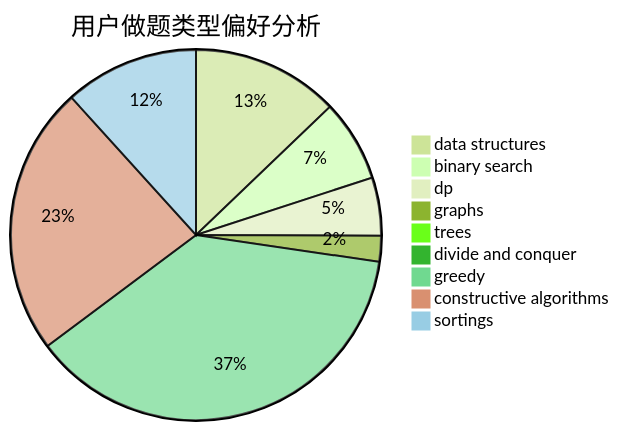
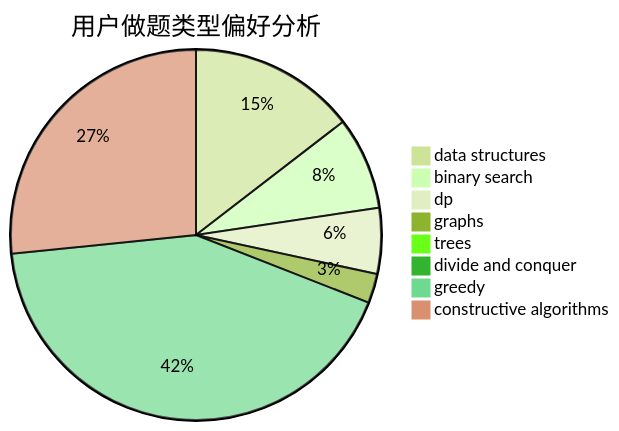
One commit to sherpahu/cfrs.github.io changed the second of 3 diagrams in docs/user/u1861.md. Above: the diagram before and after it, drawn with Mermaid (forest theme). The commit also changed other lines of this file and 2769 other files, not shown here.

````diff
--- a/docs/user/u1861.md
+++ b/docs/user/u1861.md
@@ -18,12 +18,11 @@
 ```mermaid
 pie title 用户做题类型偏好分析
     "data structures" :  205
     "binary search" :  114
     "dp" :  81
     "graphs" :  36
     "trees" :  2
     "divide and conquer" :  0
     "greedy" :  598
     "constructive algorithms" :  375
-    "sortings" :  187
 ```
````
